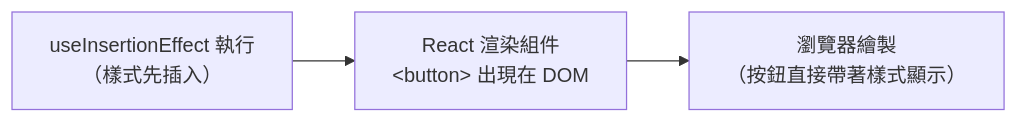
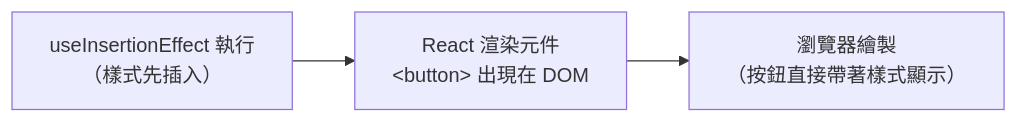
Before and after one commit to summer10920/summer10920.github.io: diagram 11 of 13 in source/_posts/20250926-js-react-19-hook.md, drawn with Mermaid. The commit also changed other lines of this file and 19 other files, not shown here.

```diff
--- a/source/_posts/20250926-js-react-19-hook.md
+++ b/source/_posts/20250926-js-react-19-hook.md
@@ -9654,7 +9654,7 @@
 {% mermaid graph LR %}
     A["useInsertionEffect 執行<br/>（樣式先插入）"]
-    B["React 渲染組件<br/>&lt;button&gt; 出現在 DOM"]
+    B["React 渲染元件<br/>&lt;button&gt; 出現在 DOM"]
     C["瀏覽器繪製<br/>（按鈕直接帶著樣式顯示）"]
 
     A --> B --> C
 {% endmermaid %}
```
